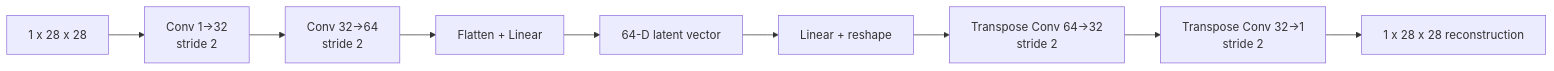
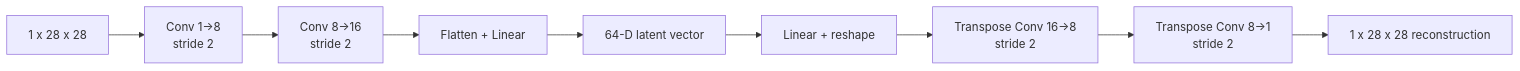
One commit to Keval-7503/mnist-class-conditional-autoencoders changed the diagram in README.md. Above: the diagram before and after it, drawn with Mermaid. The commit also changed other lines of this file and 7 other files, not shown here.

````diff
--- a/README.md
+++ b/README.md
@@ -41,11 +50,11 @@
 ```mermaid
 flowchart LR
-    A[1 x 28 x 28] --> B[Conv 1→32<br/>stride 2]
-    B --> C[Conv 32→64<br/>stride 2]
+    A[1 x 28 x 28] --> B[Conv 1→8<br/>stride 2]
+    B --> C[Conv 8→16<br/>stride 2]
     C --> D[Flatten + Linear]
     D --> E[64-D latent vector]
     E --> F[Linear + reshape]
-    F --> G[Transpose Conv 64→32<br/>stride 2]
-    G --> H[Transpose Conv 32→1<br/>stride 2]
+    F --> G[Transpose Conv 16→8<br/>stride 2]
+    G --> H[Transpose Conv 8→1<br/>stride 2]
     H --> I[1 x 28 x 28 reconstruction]
 ```
````
